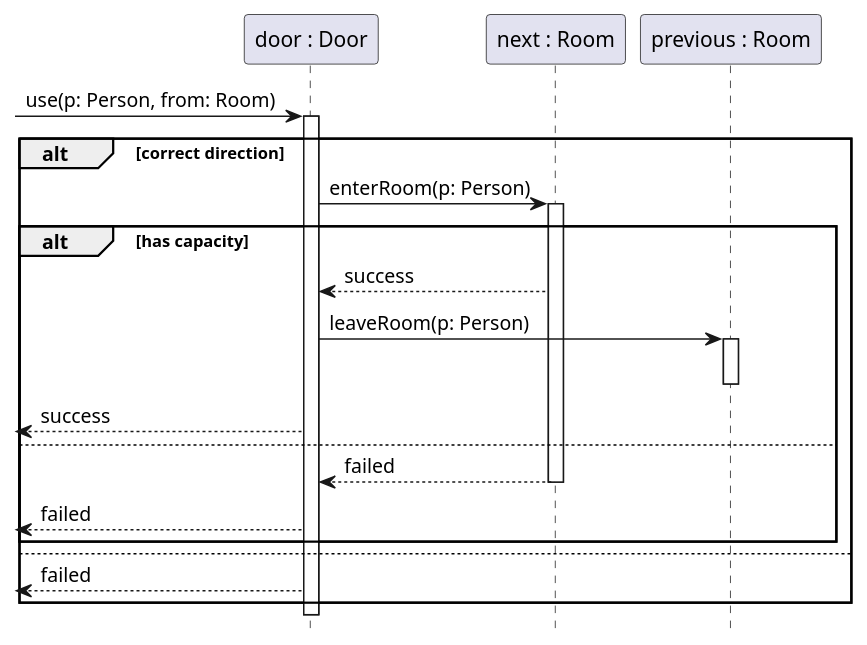
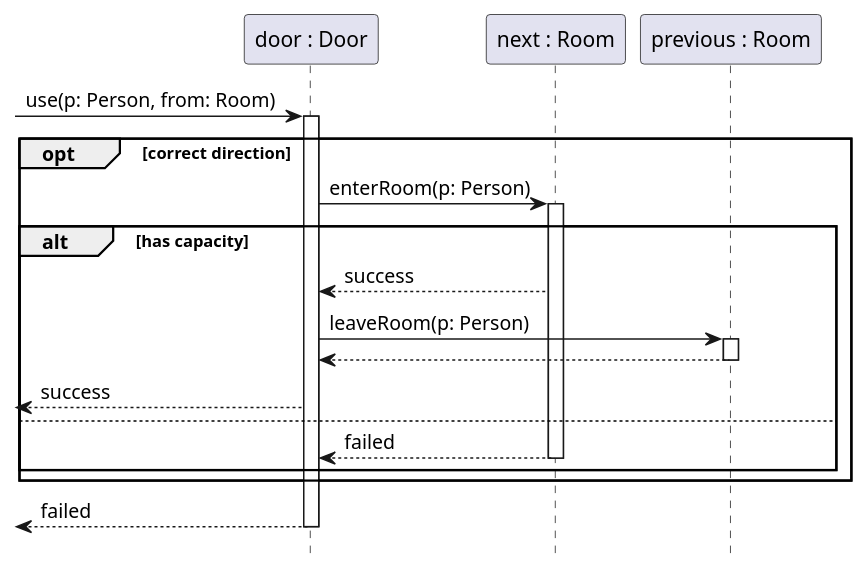
The diagram in docs/diagrams/sequence/door.puml (sn4k3ch4rm3r/logarlec), drawn with PlantUML before and after one commit. The commit also changed 6 other files, not shown here.

```diff
--- a/docs/diagrams/sequence/door.puml
+++ b/docs/diagrams/sequence/door.puml
@@ -1,23 +1,21 @@
-@startuml door-sequence
+@startuml door
 hide footbox
 participant "door : Door" as door
 participant "next : Room" as next
 participant "previous : Room" as prev
 
 [-> door ++: use(p: Person, from: Room) 
-alt correct direction
+opt correct direction
 	door -> next ++: enterRoom(p: Person)
 	alt has capacity
 		next --> door: success
 		door -> prev ++: leaveRoom(p: Person)
-		deactivate prev
+		prev --> door --
 		[<-- door : success
 	else
 		next --> door --: failed
-		[<-- door : failed
 	end
-else
-	[<-- door : failed
 end
+[<-- door --: failed
 
 @enduml
```
